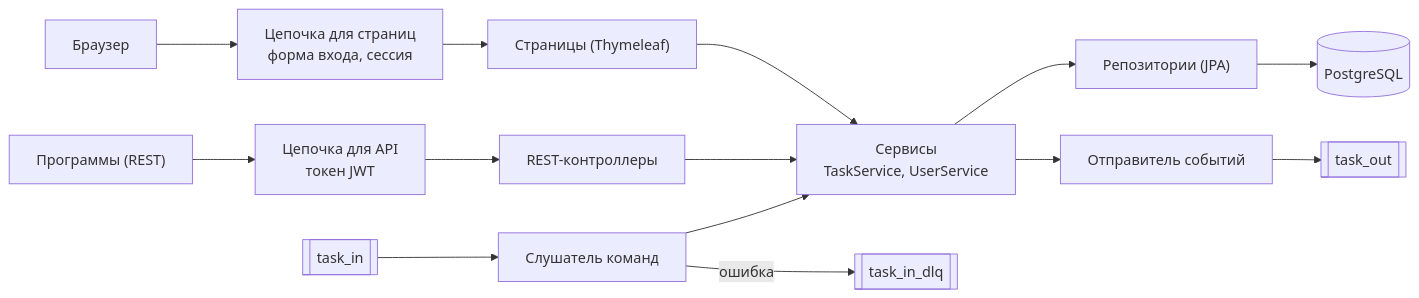
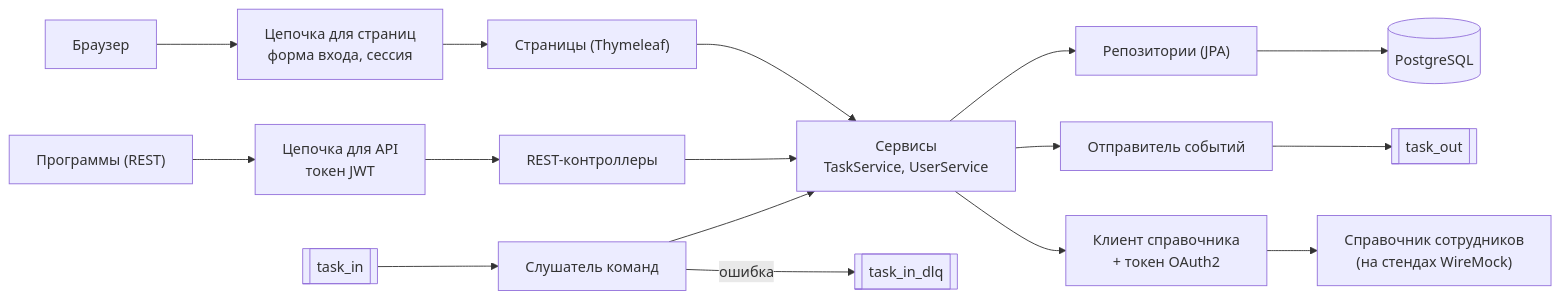
One commit to ArtemKarDev/task-api-service changed the first of 9 diagrams in README.md. Above: the diagram before and after it, drawn with Mermaid. The commit also changed other lines of this file, not shown here.

````diff
--- a/README.md
+++ b/README.md
@@ -89,13 +99,14 @@
 ```mermaid
 flowchart LR
     B["Браузер"] --> SP["Цепочка для страниц<br/>форма входа, сессия"]
     C["Программы (REST)"] --> SA["Цепочка для API<br/>токен JWT"]
     SP --> PC["Страницы (Thymeleaf)"]
     SA --> RC["REST-контроллеры"]
     PC --> SV["Сервисы<br/>TaskService, UserService"]
     RC --> SV
     SV --> RP["Репозитории (JPA)"] --> DB[("PostgreSQL")]
     TIN[["task_in"]] --> KL["Слушатель команд"] --> SV
     SV --> KS["Отправитель событий"] --> TOUT[["task_out"]]
     KL -- "ошибка" --> TDLQ[["task_in_dlq"]]
+    SV --> EDC["Клиент справочника<br/>+ токен OAuth2"] --> DIR["Справочник сотрудников<br/>(на стендах WireMock)"]
 ```
````
